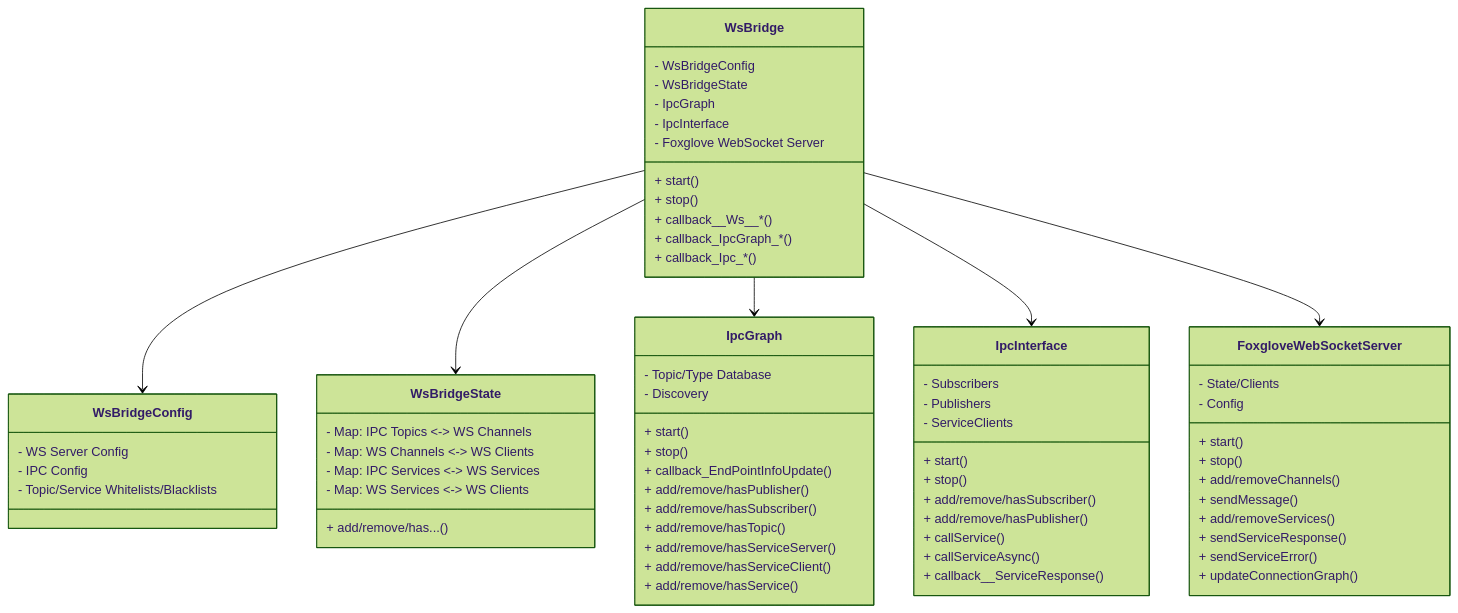
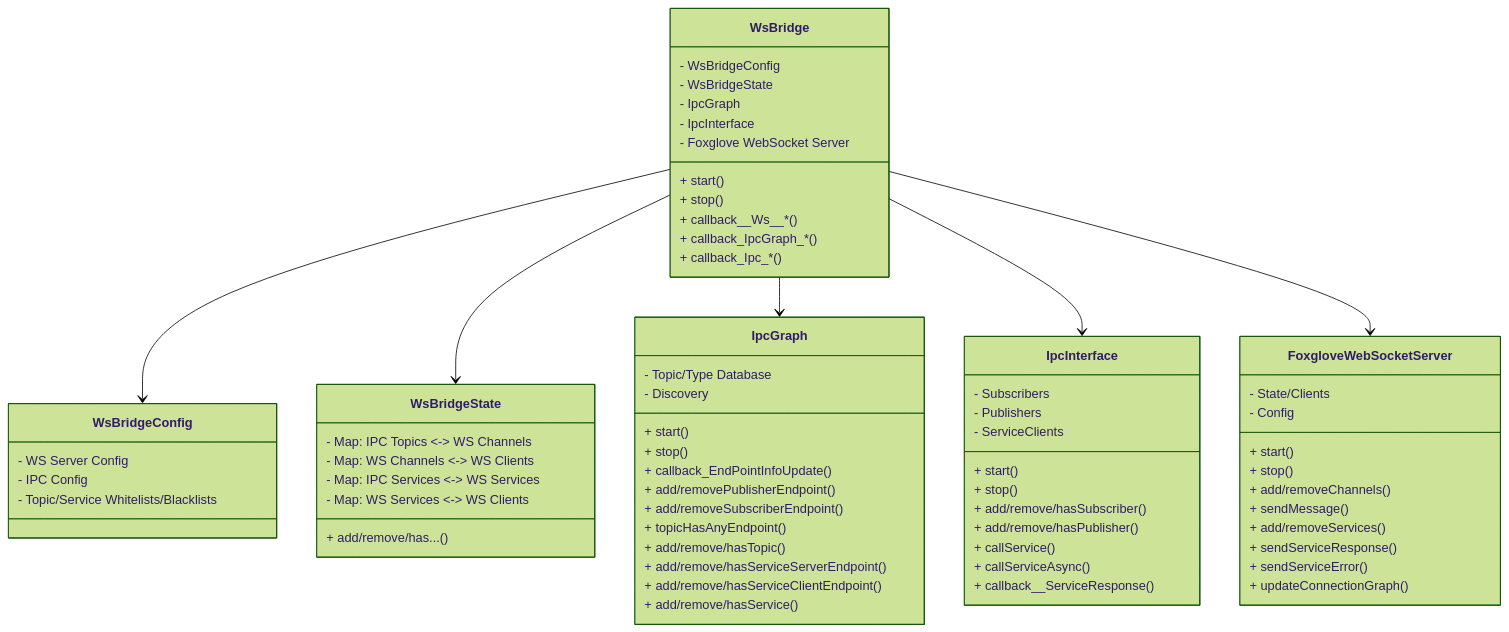
Before and after one commit to olympus-robotics/hephaestus: the diagram in modules/websocket_bridge/README.md, drawn with Mermaid (forest theme). The commit also changed other lines of this file, not shown here.

```diff
--- a/modules/websocket_bridge/README.md
+++ b/modules/websocket_bridge/README.md
@@ -67,12 +67,13 @@
 
     + callback_EndPointInfoUpdate()
 
-    + add/remove/hasPublisher()
-    + add/remove/hasSubscriber()
+    + add/removePublisherEndpoint()
+    + add/removeSubscriberEndpoint()
+    + topicHasAnyEndpoint()
     + add/remove/hasTopic()
 
-    + add/remove/hasServiceServer()
-    + add/remove/hasServiceClient()
+    + add/remove/hasServiceServerEndpoint()
+    + add/remove/hasServiceClientEndpoint()
     + add/remove/hasService()
 }
 
```
